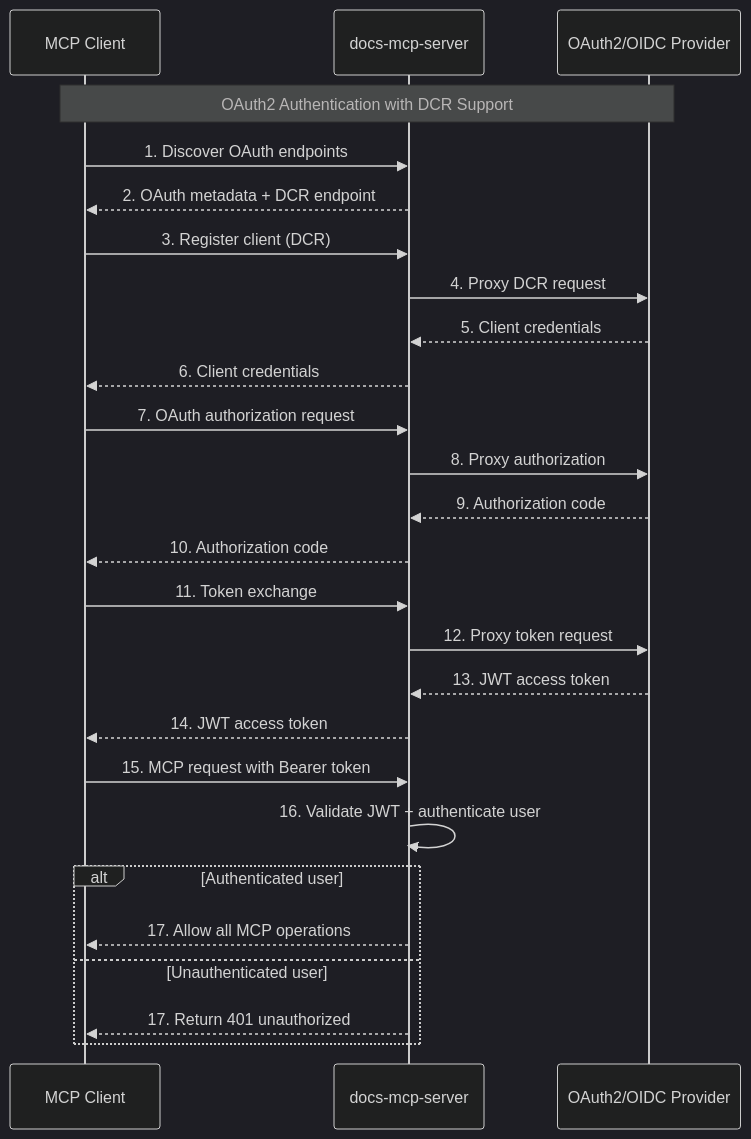
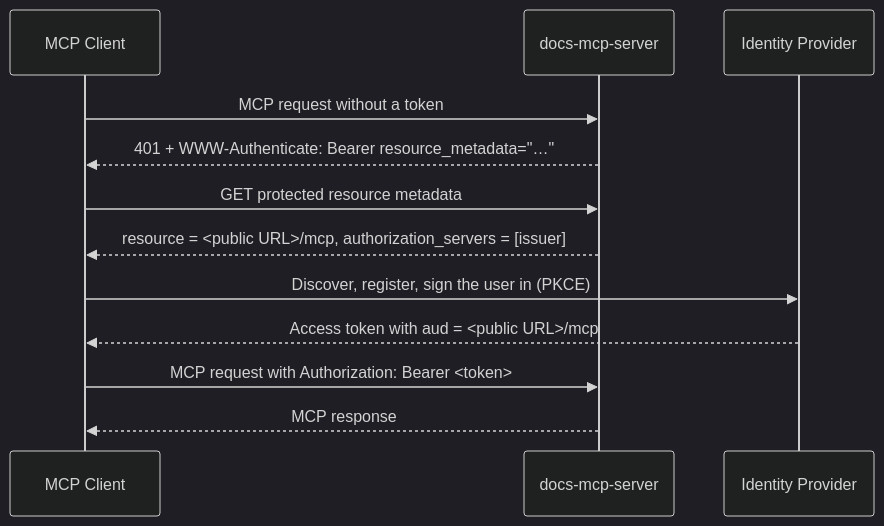
The diagram in docs/infrastructure/authentication.md (arabold/docs-mcp-server), drawn with Mermaid (dark theme) before and after one commit. The commit also changed other lines of this file and 65 other files, not shown here.

````diff
--- a/docs/infrastructure/authentication.md
+++ b/docs/infrastructure/authentication.md
@@ -48,35 +28,15 @@
 ```mermaid
 sequenceDiagram
     participant Client as MCP Client
     participant Server as docs-mcp-server
-    participant Provider as OAuth2/OIDC Provider
+    participant Provider as Identity Provider
 
-    Note over Client,Provider: OAuth2 Authentication with DCR Support
-
-    Client->>Server: 1. Discover OAuth endpoints
-    Server-->>Client: 2. OAuth metadata + DCR endpoint
-
-    Client->>Server: 3. Register client (DCR)
-    Server->>Provider: 4. Proxy DCR request
-    Provider-->>Server: 5. Client credentials
-    Server-->>Client: 6. Client credentials
-
-    Client->>Server: 7. OAuth authorization request
-    Server->>Provider: 8. Proxy authorization
-    Provider-->>Server: 9. Authorization code
-    Server-->>Client: 10. Authorization code
-
-    Client->>Server: 11. Token exchange
-    Server->>Provider: 12. Proxy token request
-    Provider-->>Server: 13. JWT access token
-    Server-->>Client: 14. JWT access token
-
-    Client->>Server: 15. MCP request with Bearer token
-    Server->>Server: 16. Validate JWT + authenticate user
-
-    alt Authenticated user
-        Server-->>Client: 17. Allow all MCP operations
-    else Unauthenticated user
-        Server-->>Client: 17. Return 401 unauthorized
-    end
+    Client->>Server: MCP request without a token
+    Server-->>Client: 401 + WWW-Authenticate: Bearer resource_metadata="…"
+    Client->>Server: GET protected resource metadata
+    Server-->>Client: resource = <public URL>/mcp, authorization_servers = [issuer]
+    Client->>Provider: Discover, register, sign the user in (PKCE)
+    Provider-->>Client: Access token with aud = <public URL>/mcp
+    Client->>Server: MCP request with Authorization: Bearer <token>
+    Server-->>Client: MCP response
 ```
````
